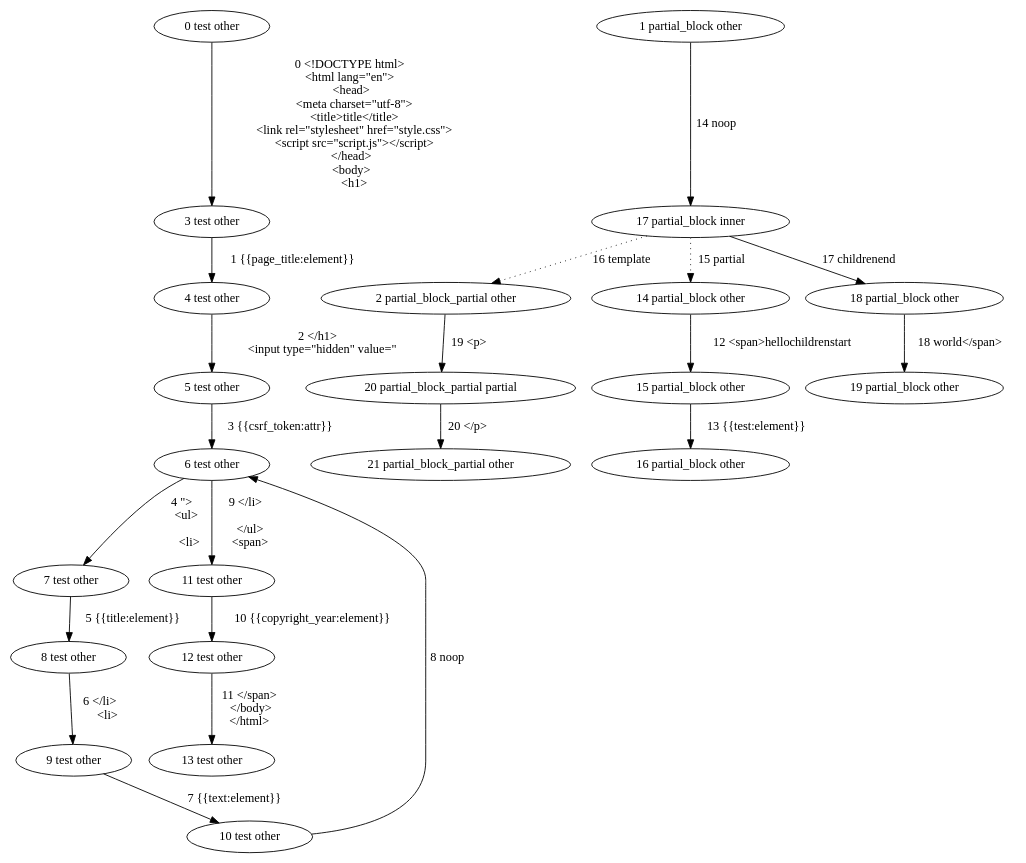
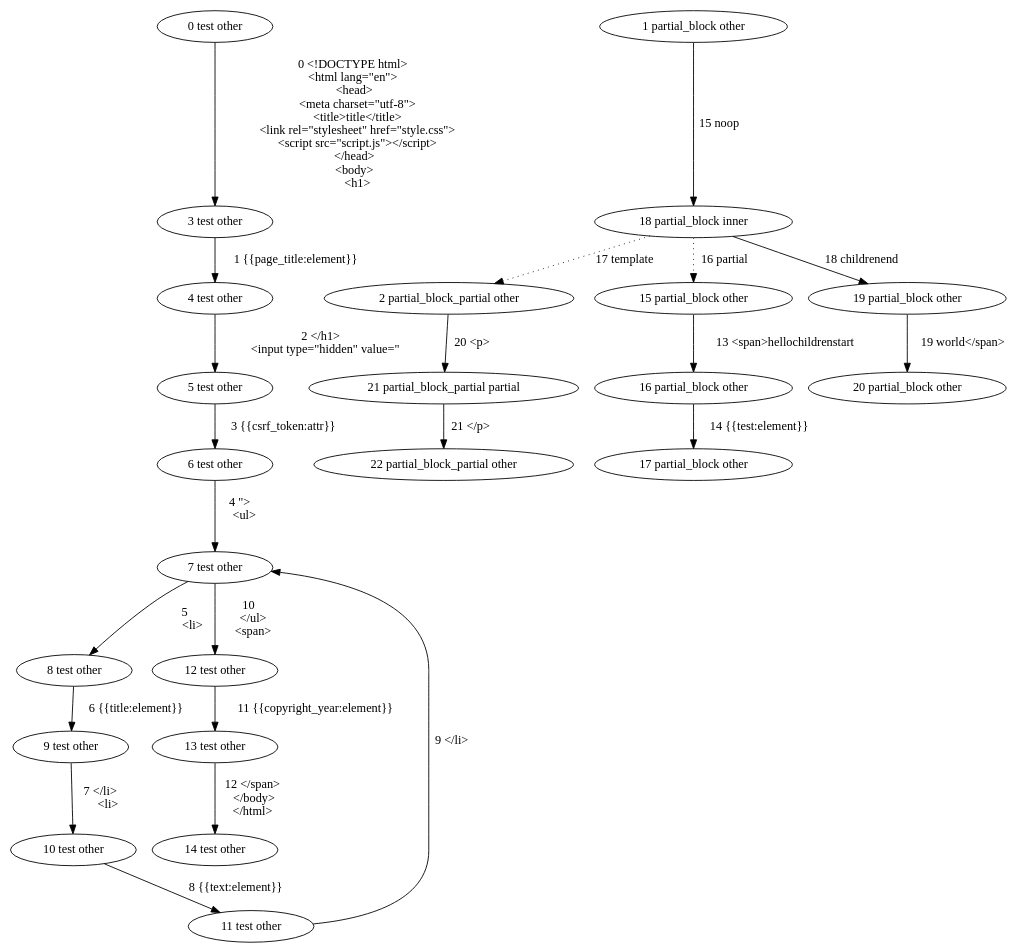
Before and after one commit to mohe2015/zero-cost-templating: the diagram in zero-cost-templating/test,partial_block,partial_block_partial.dot, drawn with Graphviz. The commit also changed 2 other files, not shown here.

```diff
--- a/zero-cost-templating/test,partial_block,partial_block_partial.dot
+++ b/zero-cost-templating/test,partial_block,partial_block_partial.dot
@@ -1,64 +1,66 @@
 digraph {
     0 [ label = "0 test other"]
     1 [ label = "1 partial_block other"]
     2 [ label = "2 partial_block_partial other"]
     3 [ label = "3 test other"]
     4 [ label = "4 test other"]
     5 [ label = "5 test other"]
     6 [ label = "6 test other"]
     7 [ label = "7 test other"]
     8 [ label = "8 test other"]
     9 [ label = "9 test other"]
     10 [ label = "10 test other"]
     11 [ label = "11 test other"]
     12 [ label = "12 test other"]
     13 [ label = "13 test other"]
-    14 [ label = "14 partial_block other"]
+    14 [ label = "14 test other"]
     15 [ label = "15 partial_block other"]
     16 [ label = "16 partial_block other"]
-    17 [ label = "17 partial_block inner"]
-    18 [ label = "18 partial_block other"]
+    17 [ label = "17 partial_block other"]
+    18 [ label = "18 partial_block inner"]
     19 [ label = "19 partial_block other"]
-    20 [ label = "20 partial_block_partial partial"]
-    21 [ label = "21 partial_block_partial other"]
+    20 [ label = "20 partial_block other"]
+    21 [ label = "21 partial_block_partial partial"]
+    22 [ label = "22 partial_block_partial other"]
     0 -> 3 [ label = "0 <!DOCTYPE html>
 <html lang=\"en\">
   <head>
     <meta charset=\"utf-8\">
     <title>title</title>
     <link rel=\"stylesheet\" href=\"style.css\">
     <script src=\"script.js\"></script>
   </head>
   <body>
     <h1>"]
     3 -> 4 [ label = "1 {{page_title:element}}"]
     4 -> 5 [ label = "2 </h1>
     <input type=\"hidden\" value=\""]
     5 -> 6 [ label = "3 {{csrf_token:attr}}"]
     6 -> 7 [ label = "4 \">
     <ul>
-    
+    "]
+    7 -> 8 [ label = "5 
       <li>"]
-    7 -> 8 [ label = "5 {{title:element}}"]
-    8 -> 9 [ label = "6 </li>
+    8 -> 9 [ label = "6 {{title:element}}"]
+    9 -> 10 [ label = "7 </li>
       <li>"]
-    9 -> 10 [ label = "7 {{text:element}}"]
-    10 -> 6 [ label = "8 noop"]
-    6 -> 11 [ label = "9 </li>
-    
+    10 -> 11 [ label = "8 {{text:element}}"]
+    11 -> 7 [ label = "9 </li>
+    "]
+    7 -> 12 [ label = "10 
     </ul>
     <span>"]
-    11 -> 12 [ label = "10 {{copyright_year:element}}"]
-    12 -> 13 [ label = "11 </span>
+    12 -> 13 [ label = "11 {{copyright_year:element}}"]
+    13 -> 14 [ label = "12 </span>
   </body>
 </html>"]
-    14 -> 15 [ label = "12 <span>hellochildrenstart"]
-    15 -> 16 [ label = "13 {{test:element}}"]
-    1 -> 17 [ label = "14 noop"]
-    17 -> 14 [ label = "15 partial" style = dotted]
-    17 -> 2 [ label = "16 template" style = dotted]
-    17 -> 18 [ label = "17 childrenend"]
-    18 -> 19 [ label = "18 world</span>"]
-    2 -> 20 [ label = "19 <p>"]
-    20 -> 21 [ label = "20 </p>"]
+    15 -> 16 [ label = "13 <span>hellochildrenstart"]
+    16 -> 17 [ label = "14 {{test:element}}"]
+    1 -> 18 [ label = "15 noop"]
+    18 -> 15 [ label = "16 partial" style = dotted]
+    18 -> 2 [ label = "17 template" style = dotted]
+    18 -> 19 [ label = "18 childrenend"]
+    19 -> 20 [ label = "19 world</span>"]
+    2 -> 21 [ label = "20 <p>"]
+    21 -> 22 [ label = "21 </p>"]
 }
```
